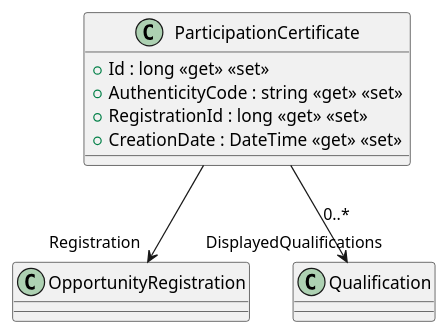
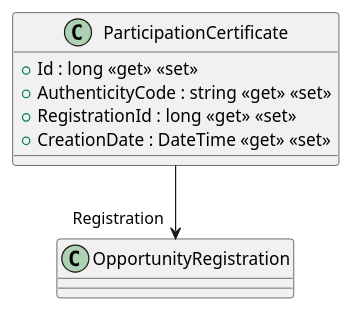
Before and after one commit to raulalvesre/WeCare: the diagram in WeCare.Domain/puml/Models/ParticipationCertificate.puml, drawn with PlantUML. The commit also changed 4 other files, not shown here.

```diff
--- a/WeCare.Domain/puml/Models/ParticipationCertificate.puml
+++ b/WeCare.Domain/puml/Models/ParticipationCertificate.puml
@@ -1,10 +1,9 @@
 @startuml
 class ParticipationCertificate {
     + Id : long <<get>> <<set>>
     + AuthenticityCode : string <<get>> <<set>>
     + RegistrationId : long <<get>> <<set>>
     + CreationDate : DateTime <<get>> <<set>>
 }
 ParticipationCertificate --> "Registration" OpportunityRegistration
-ParticipationCertificate --> "DisplayedQualifications" Qualification : 0..*
 @enduml
```
